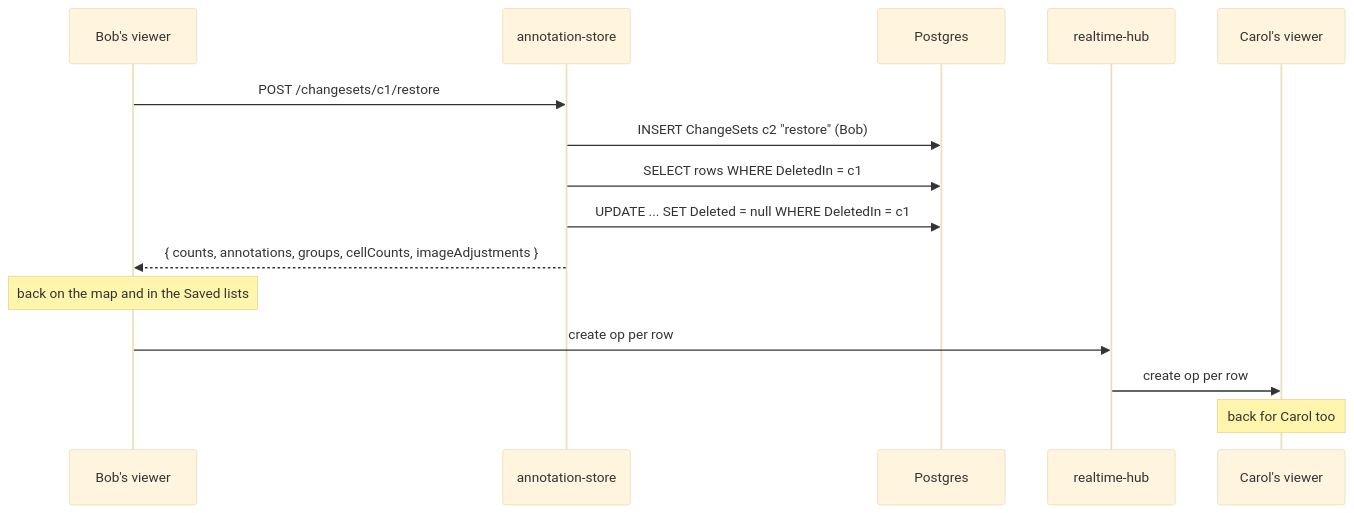
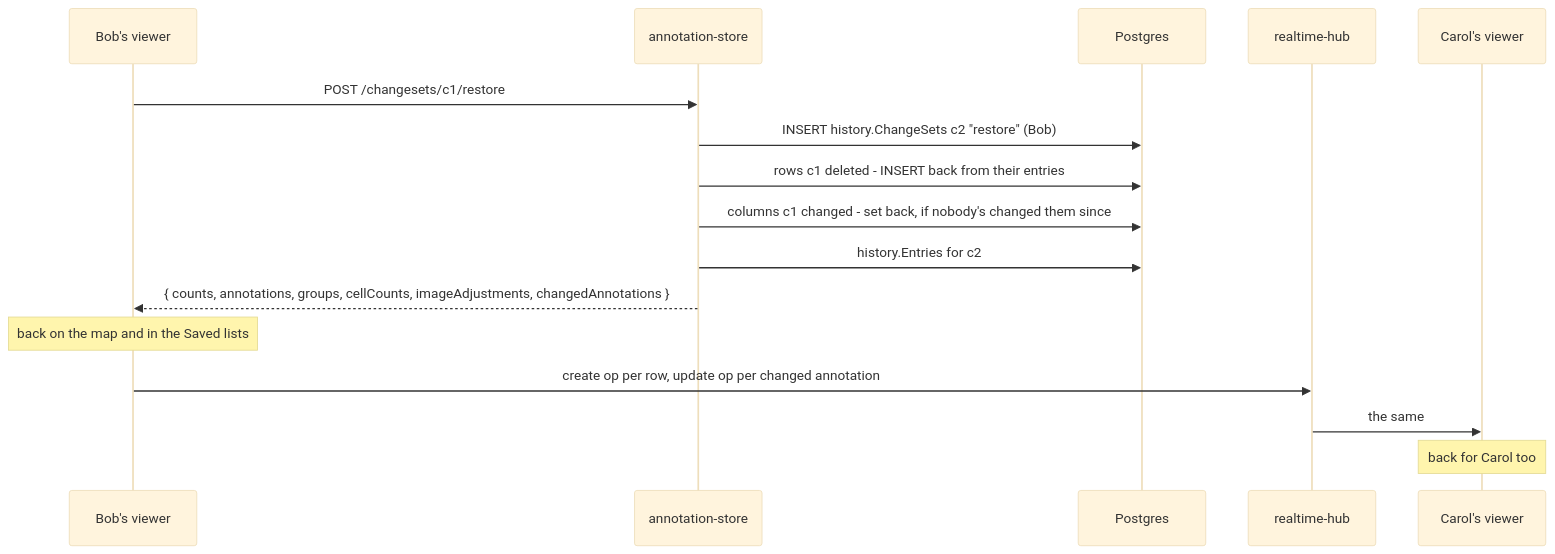
One commit to ewanhmack05/Diss-Project changed the third of 3 diagrams in docs/breakdown/version-control.md. Above: the diagram before and after it, drawn with Mermaid (base theme). The commit also changed other lines of this file and 71 other files, not shown here.

First line of the commit message:
History schema, replacing soft delete (#14)

````diff
--- a/docs/breakdown/version-control.md
+++ b/docs/breakdown/version-control.md
@@ -146,17 +207,18 @@
 ```mermaid
 sequenceDiagram
   participant B as Bob's viewer
   participant A as annotation-store
   participant P as Postgres
   participant H as realtime-hub
   participant C as Carol's viewer
   B->>A: POST /changesets/c1/restore
-  A->>P: INSERT ChangeSets c2 "restore" (Bob)
-  A->>P: SELECT rows WHERE DeletedIn = c1
-  A->>P: UPDATE ... SET Deleted = null WHERE DeletedIn = c1
-  A-->>B: { counts, annotations, groups, cellCounts, imageAdjustments }
+  A->>P: INSERT history.ChangeSets c2 "restore" (Bob)
+  A->>P: rows c1 deleted - INSERT back from their entries
+  A->>P: columns c1 changed - set back, if nobody's changed them since
+  A->>P: history.Entries for c2
+  A-->>B: { counts, annotations, groups, cellCounts, imageAdjustments, changedAnnotations }
   Note over B: back on the map and in the Saved lists
-  B->>H: create op per row
-  H->>C: create op per row
+  B->>H: create op per row, update op per changed annotation
+  H->>C: the same
   Note over C: back for Carol too
 ```
````
